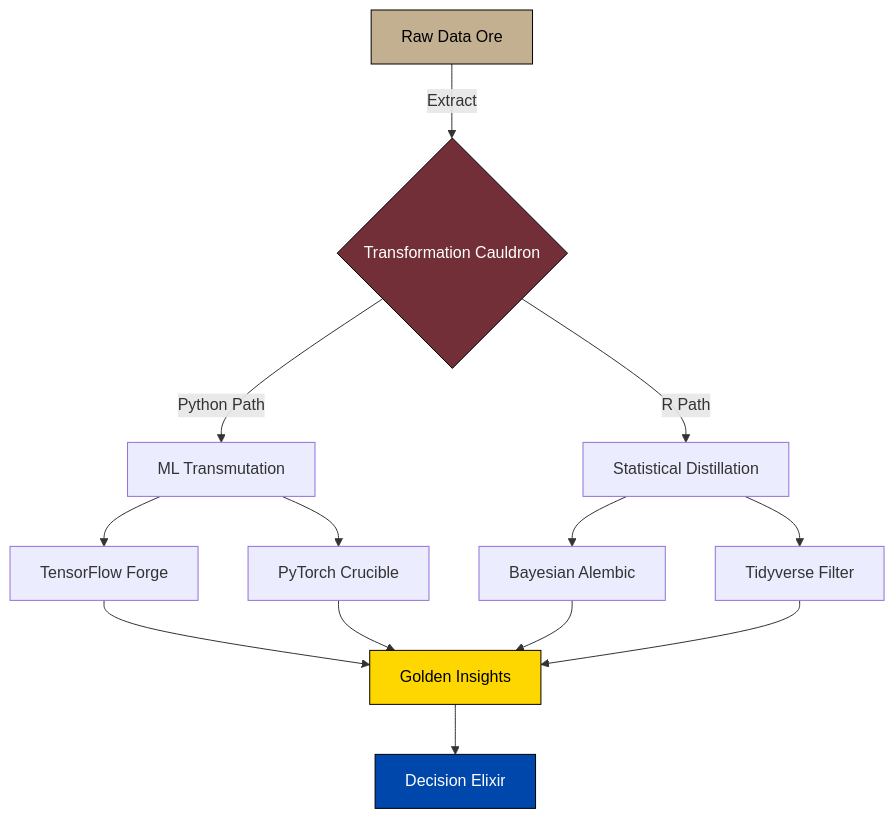
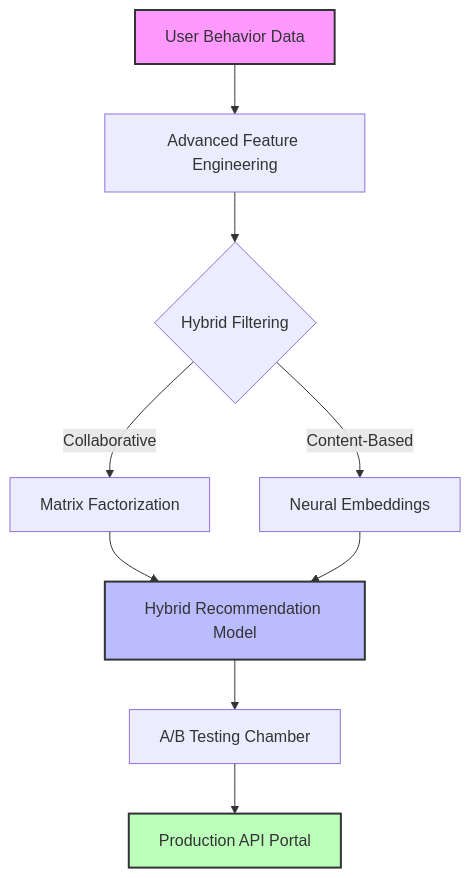
One commit to joaquimtimoteo/joaquimtimoteo changed the first of 2 diagrams in README.md. Above: the diagram before and after it, drawn with Mermaid. The commit also changed other lines of this file, not shown here.

````diff
--- a/README.md
+++ b/README.md
@@ -100,19 +127,14 @@
 ```mermaid
 graph TD
-    A[Raw Data Ore] --> |Extract| B{Transformation Cauldron}
-    B -->|Python Path| C[ML Transmutation]
-    B -->|R Path| D[Statistical Distillation]
+    A[User Behavior Data] --> B[Advanced Feature Engineering]
+    B --> C{Hybrid Filtering}
+    C -->|Collaborative| D[Matrix Factorization]
+    C -->|Content-Based| E[Neural Embeddings]
+    D & E --> F[Hybrid Recommendation Model]
+    F --> G[A/B Testing Chamber]
+    G --> H[Production API Portal]
     
-    C --> E[TensorFlow Forge]
-    C --> F[PyTorch Crucible]
-    D --> G[Bayesian Alembic]
-    D --> H[Tidyverse Filter]
-    
-    E & F & G & H --> I[Golden Insights]
-    I --> J[Decision Elixir]
-    
-    style A fill:#C3B091,stroke:#000,color:#000
-    style B fill:#722F37,stroke:#000,color:#fff
-    style I fill:#FFD700,stroke:#000,color:#000
-    style J fill:#0047AB,stroke:#000,color:#fff
+    style A fill:#f9f,stroke:#333,stroke-width:2px
+    style F fill:#bbf,stroke:#333,stroke-width:2px
+    style H fill:#bfb,stroke:#333,stroke-width:2px
 ```
````
